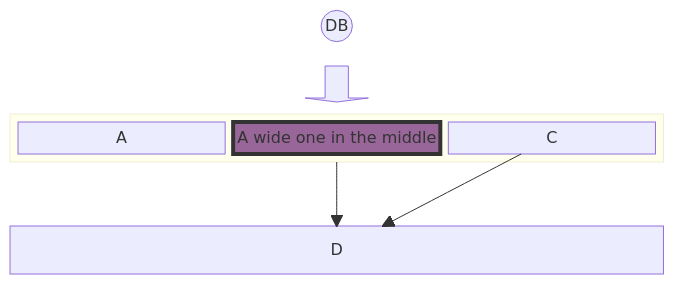
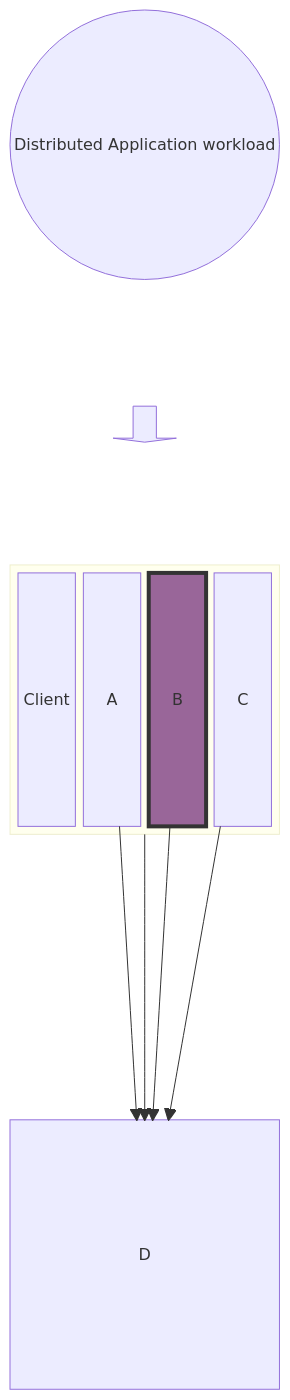
The diagram in slidegenerator/mermaid/cluster_diagram.md (jan379/quobyte-presales), drawn with Mermaid before and after one commit.

Commit message:
Should be an error

````diff
--- a/slidegenerator/mermaid/cluster_diagram.md
+++ b/slidegenerator/mermaid/cluster_diagram.md
@@ -3,16 +3,18 @@
 ```mermaid
 block-beta
 columns 1
-  db(("DB"))
+  db(("Distributed Application workload"))
   blockArrowId6<["&nbsp;&nbsp;&nbsp;"]>(down)
-  block:ID
-    A
-    B["A wide one in the middle"]
-    C
+  block:Compute
+    Client A
+    Client B
+    Client C
   end
   space
   D
-  ID --> D
-  C --> D
+  Compute  --> D
+  Client A --> D
+  Client B --> D
+  Client C --> D
   style B fill:#969,stroke:#333,stroke-width:4px
 ```
````
